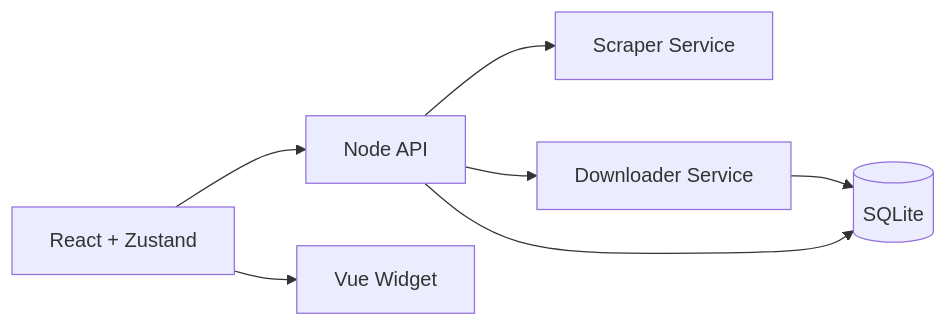
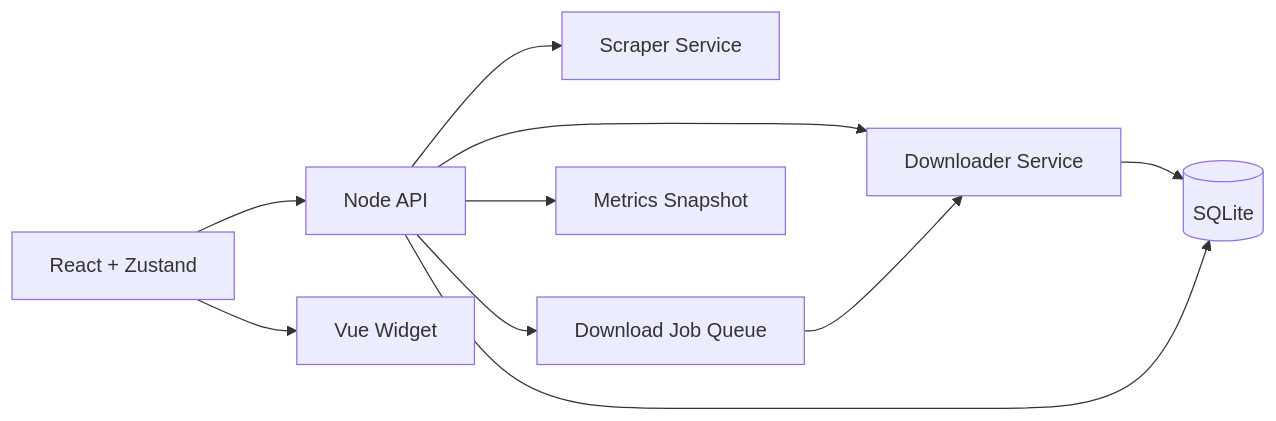
One commit to lscheffel/IMGSrc changed the diagram in docs/diagrams/DATA_FLOW-000.md. Above: the diagram before and after it, drawn with Mermaid. The commit also changed 6 other files, not shown here.

````diff
--- a/docs/diagrams/DATA_FLOW-000.md
+++ b/docs/diagrams/DATA_FLOW-000.md
@@ -2,9 +2,12 @@
 ```mermaid
 flowchart LR
 UI[React + Zustand] --> API[Node API]
 UI --> VUE[Vue Widget]
 API --> SCRAPE[Scraper Service]
 API --> DL[Downloader Service]
+API --> Q[Download Job Queue]
+API --> M[Metrics Snapshot]
 DL --> SQL[(SQLite)]
 API --> SQL
+Q --> DL
 ```
````
